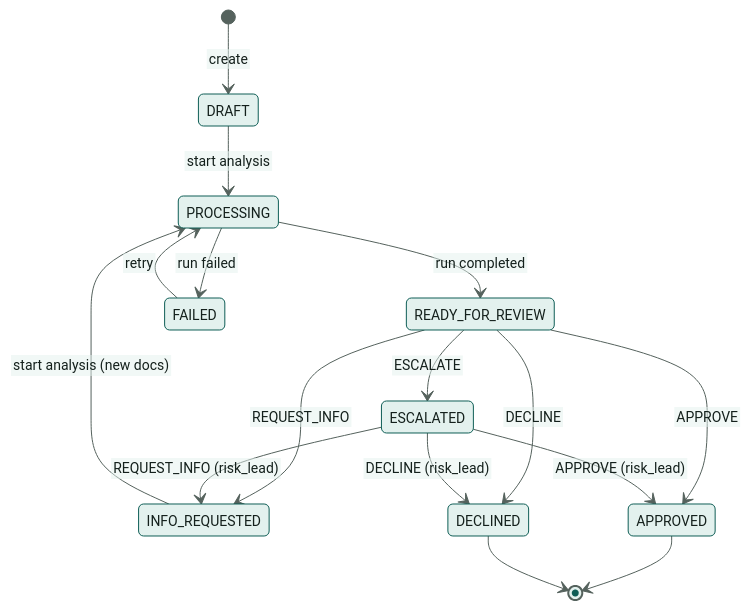
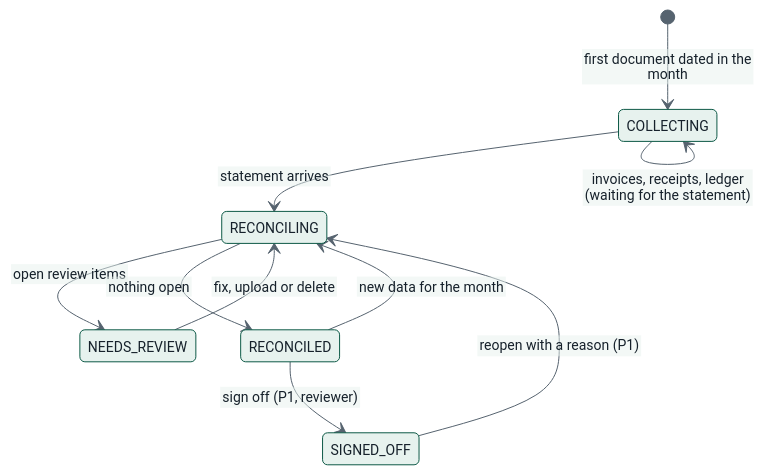
One commit to fadlytanjung/kredibel changed the ninth of 9 diagrams in docs/05-architecture.md. Above: the diagram before and after it, drawn with Mermaid. The commit also changed other lines of this file and 245 other files, not shown here.

````diff
--- a/docs/05-architecture.md
+++ b/docs/05-architecture.md
@@ -295,19 +326,13 @@
 ```mermaid
-%%{init: {"theme": "base", "themeVariables": {"fontFamily": "Arial, Helvetica, sans-serif", "fontSize": "14px", "primaryColor": "#E3F1EE", "primaryBorderColor": "#0F5E56", "primaryTextColor": "#14201C", "lineColor": "#55625D", "secondaryColor": "#F0F2EF", "tertiaryColor": "#FFFFFF", "clusterBkg": "#F7F8F6", "clusterBorder": "#B8BFB9", "noteBkgColor": "#FEF0C7", "noteTextColor": "#14201C"}, "htmlLabels": false, "flowchart": {"htmlLabels": false, "padding": 16, "nodeSpacing": 40, "rankSpacing": 50, "wrappingWidth": 220}, "sequence": {"wrap": true, "useMaxWidth": true, "noteFontFamily": "Arial, Helvetica, sans-serif", "messageFontFamily": "Arial, Helvetica, sans-serif", "actorFontFamily": "Arial, Helvetica, sans-serif"}}}%%
+%%{init: {"theme": "base", "themeVariables": {"fontFamily": "Arial, Helvetica, sans-serif", "fontSize": "14px", "primaryColor": "#E7F2EE", "primaryBorderColor": "#0E5A47", "primaryTextColor": "#16212B", "lineColor": "#56636F", "secondaryColor": "#E8ECEE", "tertiaryColor": "#FFFFFF", "clusterBkg": "#F2F4F5", "clusterBorder": "#B9C2CA", "noteBkgColor": "#FFF5D6", "noteTextColor": "#16212B"}, "htmlLabels": false, "flowchart": {"htmlLabels": false, "padding": 16, "nodeSpacing": 40, "rankSpacing": 50, "wrappingWidth": 220}, "sequence": {"wrap": true, "useMaxWidth": true, "noteFontFamily": "Arial, Helvetica, sans-serif", "messageFontFamily": "Arial, Helvetica, sans-serif", "actorFontFamily": "Arial, Helvetica, sans-serif"}}}%%
 stateDiagram-v2
-    [*] --> DRAFT: create
-    DRAFT --> PROCESSING: start analysis
-    INFO_REQUESTED --> PROCESSING: start analysis (new docs)
-    PROCESSING --> READY_FOR_REVIEW: run completed
-    PROCESSING --> FAILED: run failed
-    FAILED --> PROCESSING: retry
-    READY_FOR_REVIEW --> APPROVED: APPROVE
-    READY_FOR_REVIEW --> DECLINED: DECLINE
-    READY_FOR_REVIEW --> INFO_REQUESTED: REQUEST_INFO
-    READY_FOR_REVIEW --> ESCALATED: ESCALATE
-    ESCALATED --> APPROVED: APPROVE (risk_lead)
-    ESCALATED --> DECLINED: DECLINE (risk_lead)
-    ESCALATED --> INFO_REQUESTED: REQUEST_INFO (risk_lead)
-    APPROVED --> [*]
-    DECLINED --> [*]
+    [*] --> COLLECTING: first document dated in the month
+    COLLECTING --> RECONCILING: statement arrives
+    COLLECTING --> COLLECTING: invoices, receipts, ledger (waiting for the statement)
+    RECONCILING --> NEEDS_REVIEW: open review items
+    RECONCILING --> RECONCILED: nothing open
+    NEEDS_REVIEW --> RECONCILING: fix, upload or delete
+    RECONCILED --> RECONCILING: new data for the month
+    RECONCILED --> SIGNED_OFF: sign off (P1, reviewer)
+    SIGNED_OFF --> RECONCILING: reopen with a reason (P1)
 ```
````
